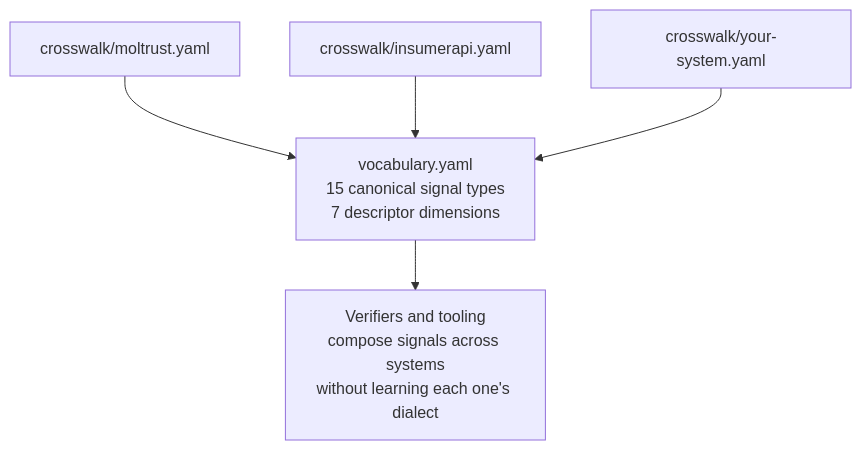
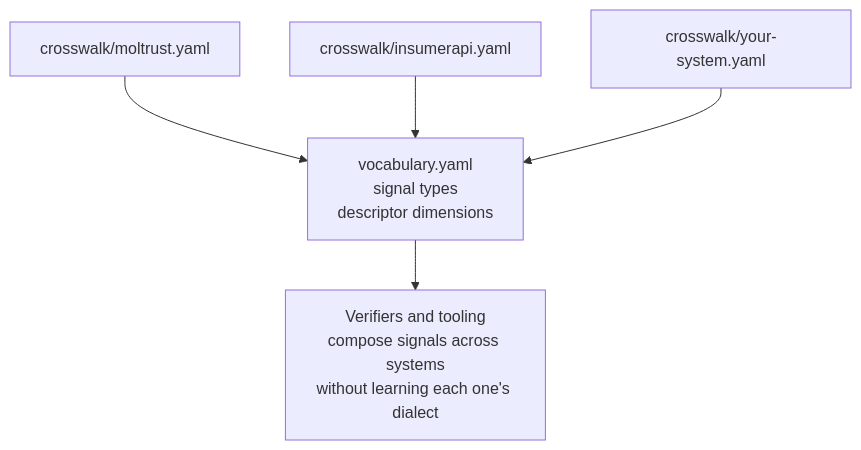
Before and after one commit to aeoess/agent-governance-vocabulary: the diagram in README.md, drawn with Mermaid. The commit also changed other lines of this file and 11 other files, not shown here.

````diff
--- a/README.md
+++ b/README.md
@@ -31,7 +31,7 @@
 ```mermaid
 flowchart TD
-    C1["crosswalk/moltrust.yaml"] --> V["vocabulary.yaml<br/>15 canonical signal types<br/>7 descriptor dimensions"]
+    C1["crosswalk/moltrust.yaml"] --> V["vocabulary.yaml<br/>signal types<br/>descriptor dimensions"]
     C2["crosswalk/insumerapi.yaml"] --> V
     C3["crosswalk/your-system.yaml"] --> V
     V --> D["Verifiers and tooling<br/>compose signals across systems<br/>without learning each one's dialect"]
 ```
````
